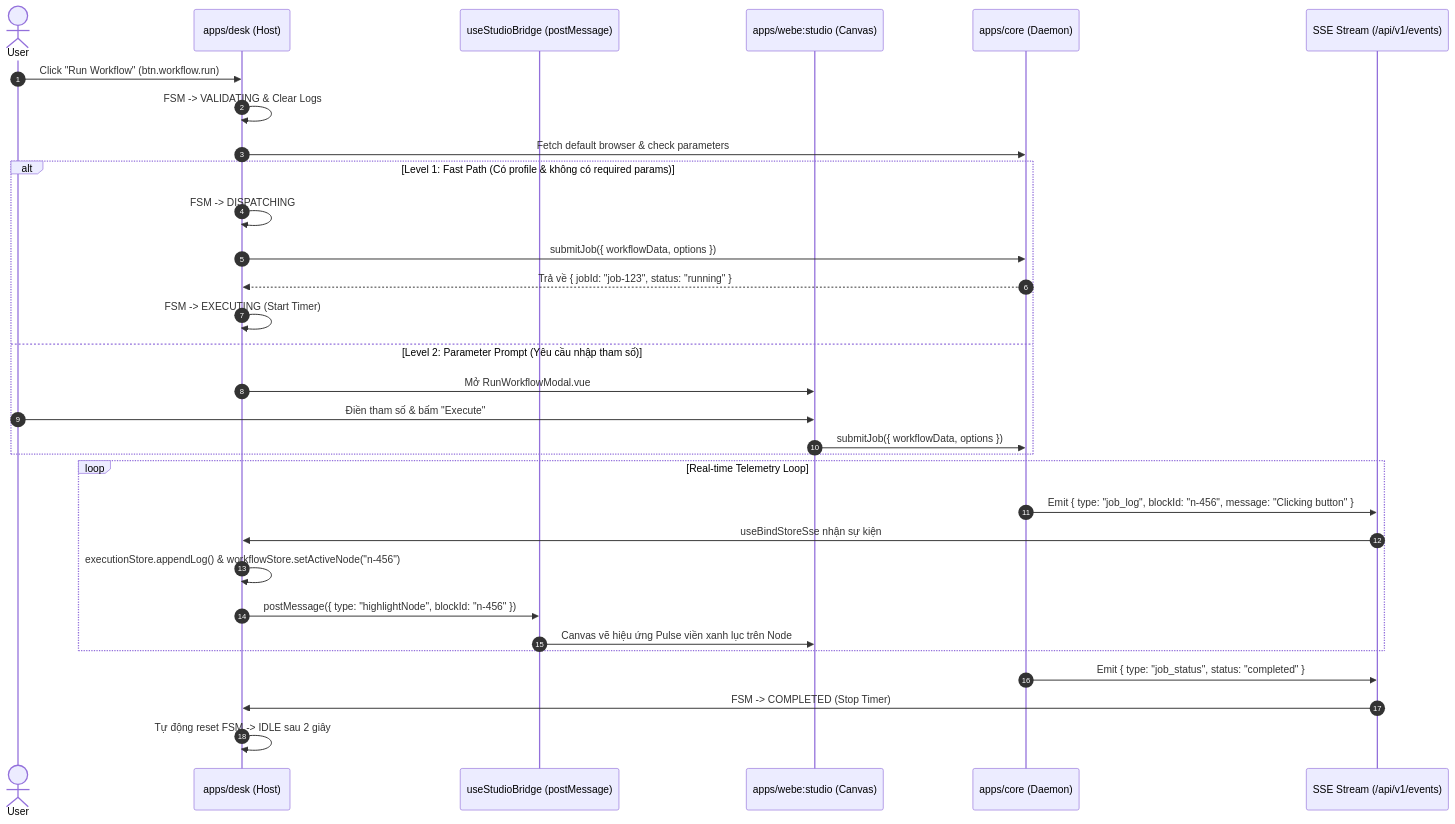
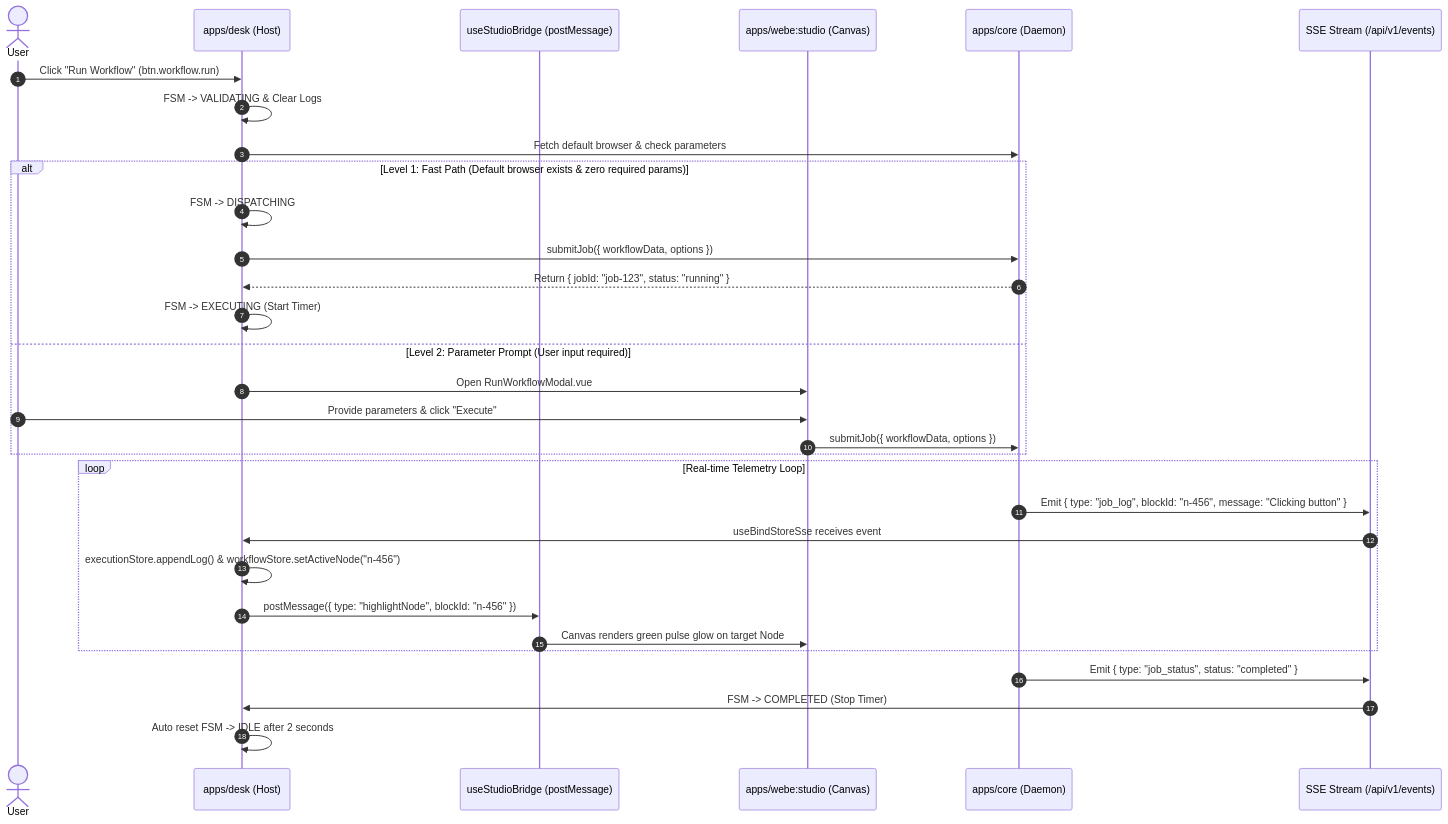
Before and after one commit to tuquet/automa: the diagram in docs/srs/SRS_MENU_STUDIO.md, drawn with Mermaid. The commit also changed other lines of this file and 26 other files, not shown here.

````diff
--- a/docs/srs/SRS_MENU_STUDIO.md
+++ b/docs/srs/SRS_MENU_STUDIO.md
@@ -104,36 +104,36 @@
 ```mermaid
 sequenceDiagram
     autonumber
     actor User
     participant Desk as apps/desk (Host)
     participant Bridge as useStudioBridge (postMessage)
     participant Studio as apps/webe:studio (Canvas)
     participant Core as apps/core (Daemon)
     participant SSE as SSE Stream (/api/v1/events)
 
     User->>Desk: Click "Run Workflow" (btn.workflow.run)
     Desk->>Desk: FSM -> VALIDATING & Clear Logs
     Desk->>Core: Fetch default browser & check parameters
-    alt Level 1: Fast Path (Có profile & không có required params)
+    alt Level 1: Fast Path (Default browser exists & zero required params)
         Desk->>Desk: FSM -> DISPATCHING
         Desk->>Core: submitJob({ workflowData, options })
-        Core-->>Desk: Trả về { jobId: "job-123", status: "running" }
+        Core-->>Desk: Return { jobId: "job-123", status: "running" }
         Desk->>Desk: FSM -> EXECUTING (Start Timer)
-    else Level 2: Parameter Prompt (Yêu cầu nhập tham số)
-        Desk->>Studio: Mở RunWorkflowModal.vue
-        User->>Studio: Điền tham số & bấm "Execute"
+    else Level 2: Parameter Prompt (User input required)
+        Desk->>Studio: Open RunWorkflowModal.vue
+        User->>Studio: Provide parameters & click "Execute"
         Studio->>Core: submitJob({ workflowData, options })
     end
 
     loop Real-time Telemetry Loop
         Core->>SSE: Emit { type: "job_log", blockId: "n-456", message: "Clicking button" }
-        SSE->>Desk: useBindStoreSse nhận sự kiện
+        SSE->>Desk: useBindStoreSse receives event
         Desk->>Desk: executionStore.appendLog() & workflowStore.setActiveNode("n-456")
         Desk->>Bridge: postMessage({ type: "highlightNode", blockId: "n-456" })
-        Bridge->>Studio: Canvas vẽ hiệu ứng Pulse viền xanh lục trên Node
+        Bridge->>Studio: Canvas renders green pulse glow on target Node
     end
 
     Core->>SSE: Emit { type: "job_status", status: "completed" }
     SSE->>Desk: FSM -> COMPLETED (Stop Timer)
-    Desk->>Desk: Tự động reset FSM -> IDLE sau 2 giây
+    Desk->>Desk: Auto reset FSM -> IDLE after 2 seconds
 ```
````
